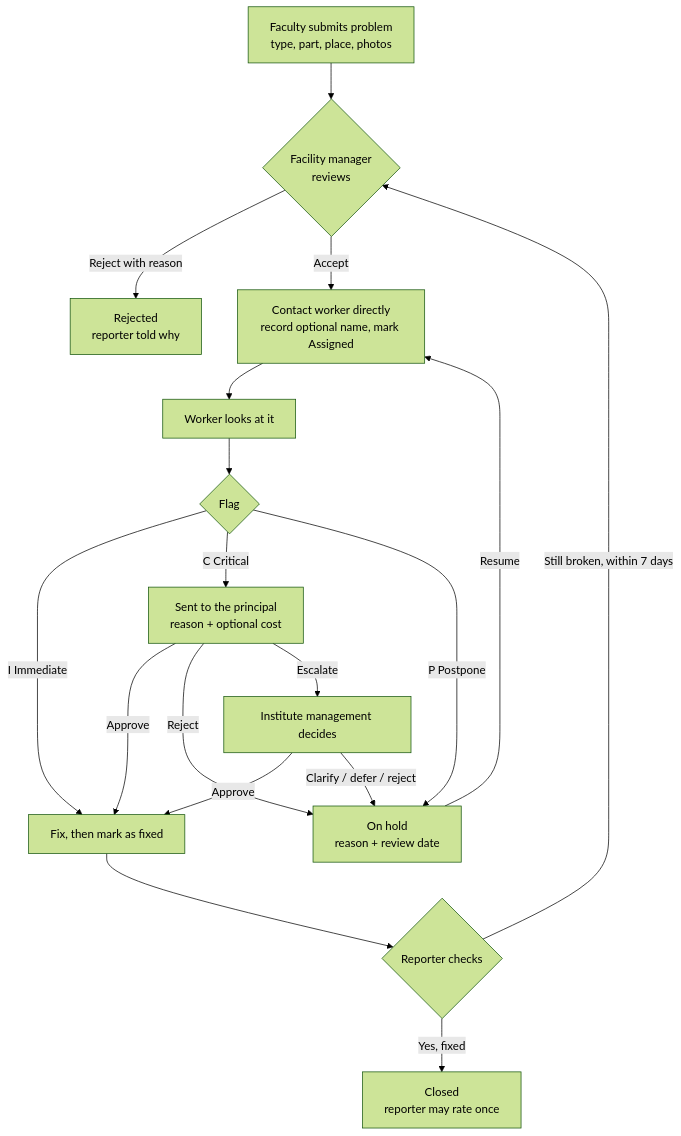
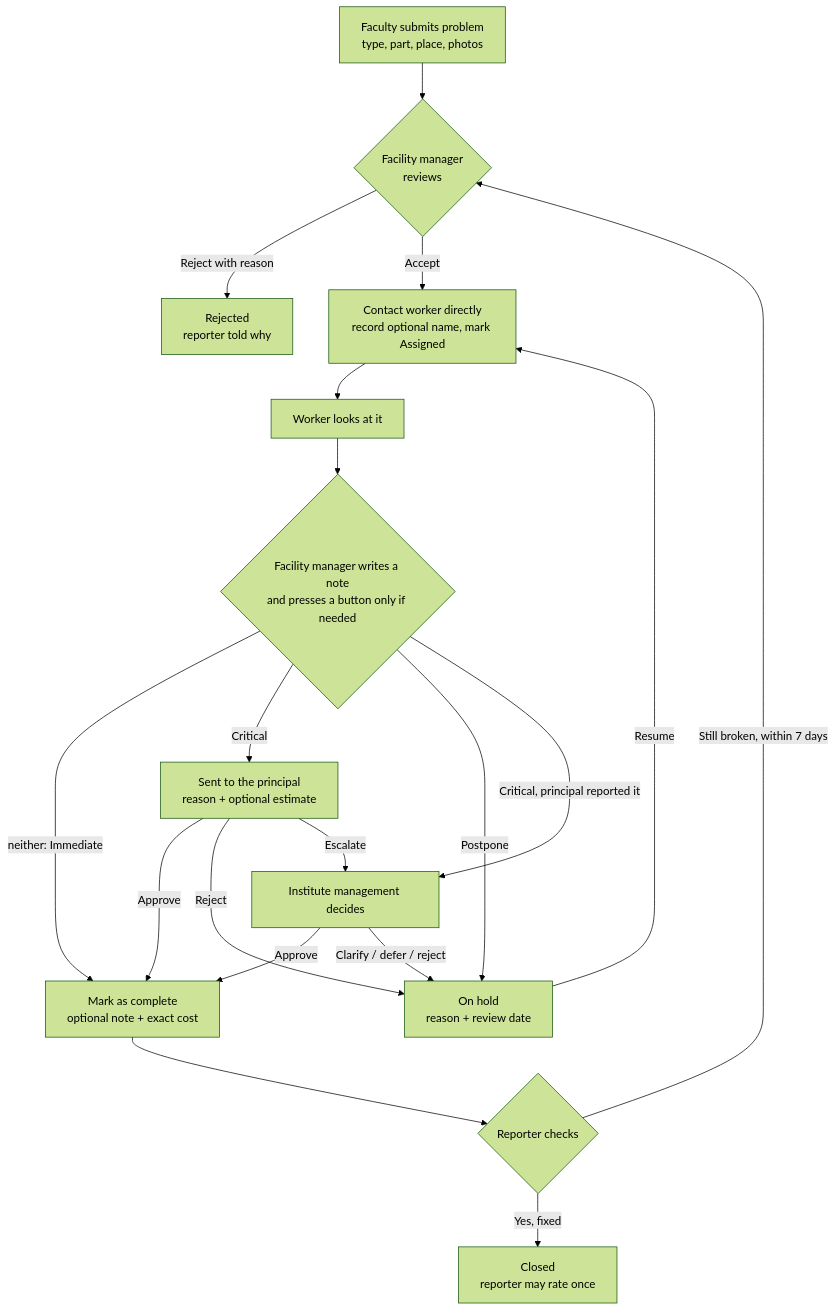
The third of 7 diagrams in docs/ARCHITECTURE.md (OSSC-DBIT/pcms), drawn with Mermaid (forest theme) before and after one commit. The commit also changed other lines of this file and 100 other files, not shown here.

````diff
--- a/docs/ARCHITECTURE.md
+++ b/docs/ARCHITECTURE.md
@@ -100,20 +101,21 @@
 ```mermaid
 flowchart TD
     A[Faculty submits problem<br/>type, part, place, photos] --> B{Facility manager<br/>reviews}
     B -->|Reject with reason| R[Rejected<br/>reporter told why]
     B -->|Accept| C[Contact worker directly<br/>record optional name, mark Assigned]
     C --> D[Worker looks at it]
-    D --> E{Flag}
-    E -->|I Immediate| F[Fix, then mark as fixed]
-    E -->|C Critical| G[Sent to the principal<br/>reason + optional cost]
-    E -->|P Postpone| H[On hold<br/>reason + review date]
+    D --> E{Facility manager writes a note<br/>and presses a button only if needed}
+    E -->|neither: Immediate| F[Mark as complete<br/>optional note + exact cost]
+    E -->|Critical| G[Sent to the principal<br/>reason + optional estimate]
+    E -->|Postpone| H[On hold<br/>reason + review date]
+    E -->|Critical, principal reported it| M
     G -->|Approve| F
     G -->|Reject| H
     G -->|Escalate| M[Institute management decides]
     M -->|Approve| F
     M -->|Clarify / defer / reject| H
     H -->|Resume| C
     F --> I{Reporter checks}
     I -->|Yes, fixed| J[Closed<br/>reporter may rate once]
     I -->|Still broken, within 7 days| B
 ```
````
